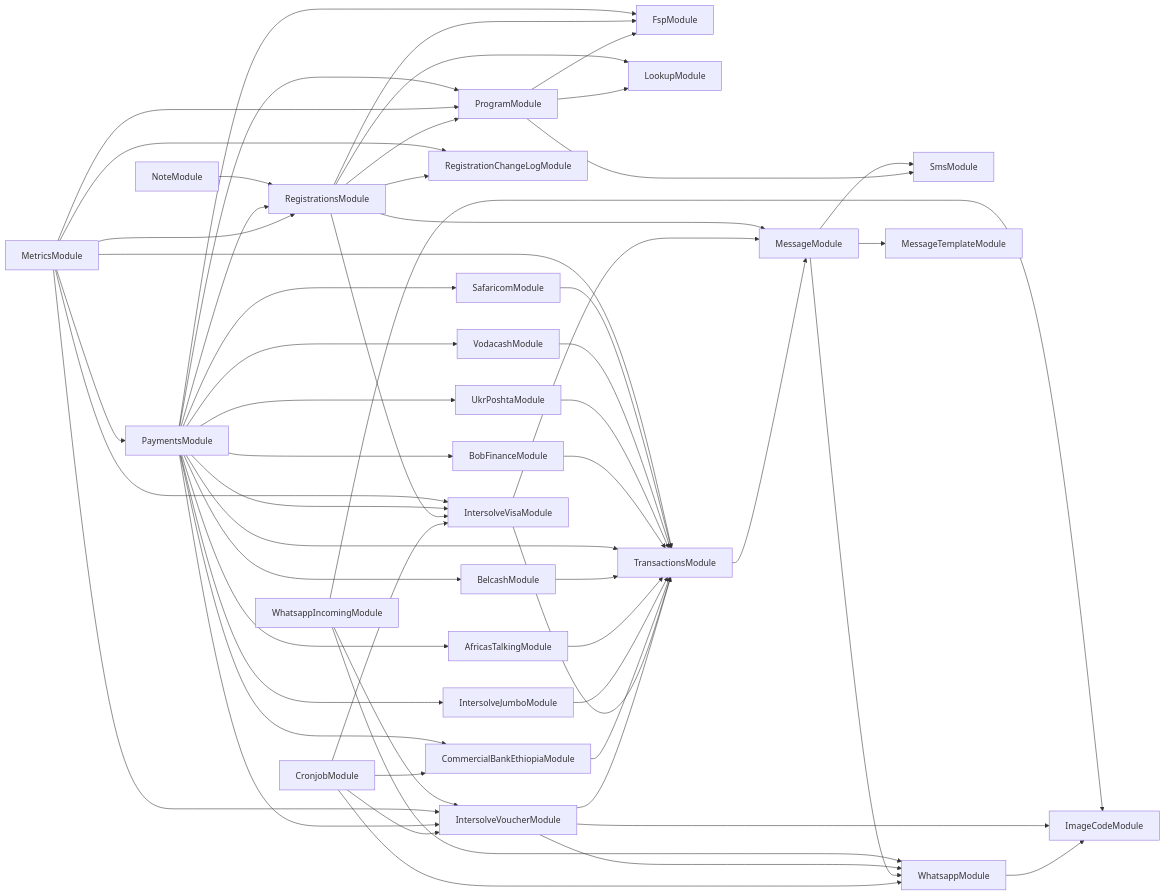
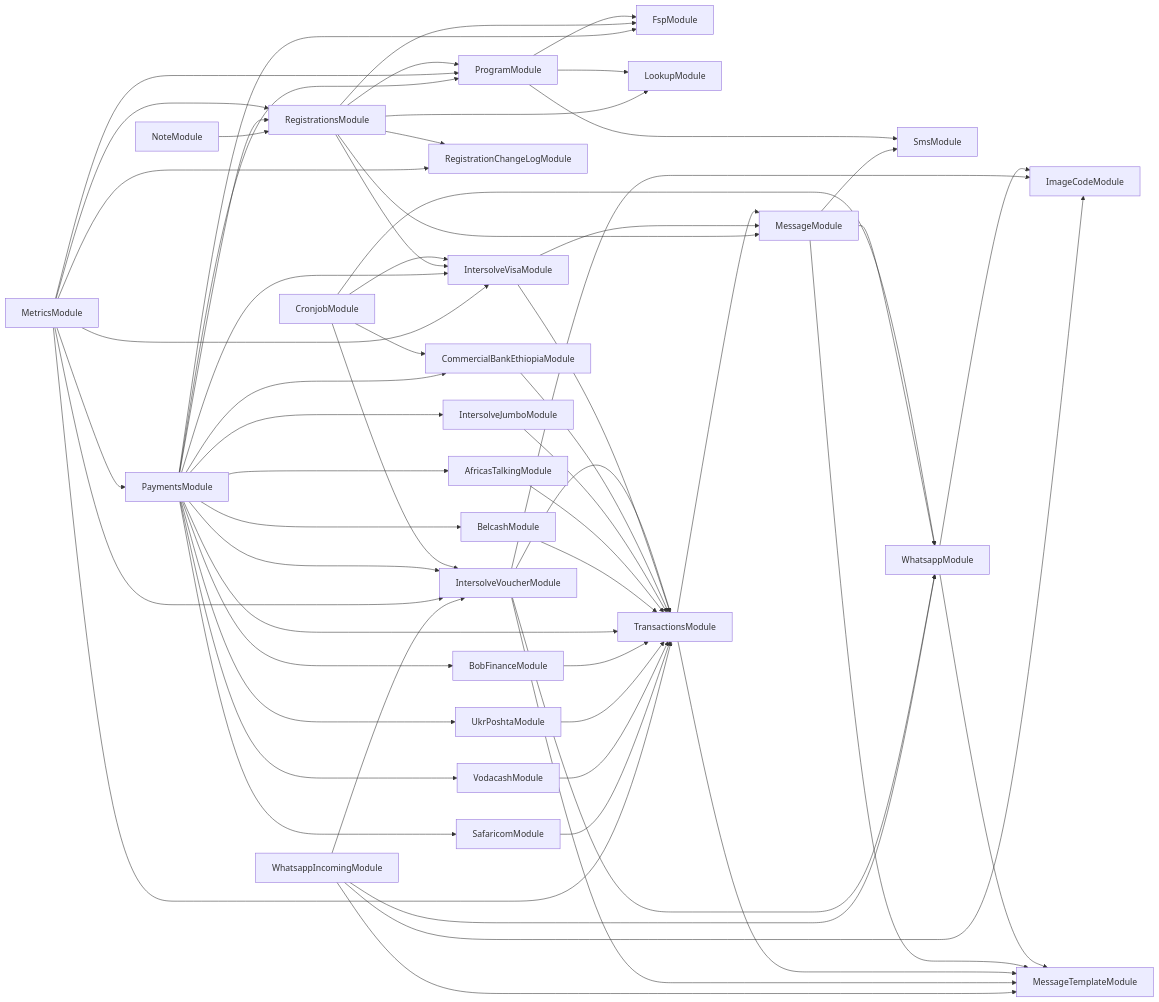
Before and after one commit to global-121/121-platform: the diagram in services/121-service/module-dependencies.md, drawn with Mermaid. The commit also changed 12 other files, not shown here.

````diff
--- a/services/121-service/module-dependencies.md
+++ b/services/121-service/module-dependencies.md
@@ -3,59 +3,63 @@
 ```mermaid
 graph LR
   ProgramModule-->SmsModule
   ProgramModule-->FspModule
   ProgramModule-->LookupModule
   CronjobModule-->WhatsappModule
   WhatsappModule-->ImageCodeModule
+  WhatsappModule-->MessageTemplateModule
   CronjobModule-->IntersolveVoucherModule
   IntersolveVoucherModule-->ImageCodeModule
   IntersolveVoucherModule-->TransactionsModule
   TransactionsModule-->MessageModule
   MessageModule-->WhatsappModule
   MessageModule-->SmsModule
   MessageModule-->MessageTemplateModule
+  TransactionsModule-->MessageTemplateModule
   IntersolveVoucherModule-->WhatsappModule
+  IntersolveVoucherModule-->MessageTemplateModule
   CronjobModule-->IntersolveVisaModule
   IntersolveVisaModule-->TransactionsModule
   IntersolveVisaModule-->MessageModule
   CronjobModule-->CommercialBankEthiopiaModule
   CommercialBankEthiopiaModule-->TransactionsModule
   RegistrationsModule-->LookupModule
   RegistrationsModule-->ProgramModule
   RegistrationsModule-->FspModule
   RegistrationsModule-->MessageModule
   RegistrationsModule-->IntersolveVisaModule
   RegistrationsModule-->RegistrationChangeLogModule
   MetricsModule-->ProgramModule
   MetricsModule-->RegistrationsModule
   MetricsModule-->PaymentsModule
   PaymentsModule-->FspModule
   PaymentsModule-->IntersolveVoucherModule
   PaymentsModule-->IntersolveVisaModule
   PaymentsModule-->IntersolveJumboModule
   IntersolveJumboModule-->TransactionsModule
   PaymentsModule-->AfricasTalkingModule
   AfricasTalkingModule-->TransactionsModule
   PaymentsModule-->BelcashModule
   BelcashModule-->TransactionsModule
   PaymentsModule-->TransactionsModule
   PaymentsModule-->BobFinanceModule
   BobFinanceModule-->TransactionsModule
   PaymentsModule-->UkrPoshtaModule
   UkrPoshtaModule-->TransactionsModule
   PaymentsModule-->VodacashModule
   VodacashModule-->TransactionsModule
   PaymentsModule-->SafaricomModule
   SafaricomModule-->TransactionsModule
   PaymentsModule-->CommercialBankEthiopiaModule
   PaymentsModule-->RegistrationsModule
   PaymentsModule-->ProgramModule
   MetricsModule-->TransactionsModule
   MetricsModule-->IntersolveVisaModule
   MetricsModule-->IntersolveVoucherModule
   MetricsModule-->RegistrationChangeLogModule
   WhatsappIncomingModule-->ImageCodeModule
   WhatsappIncomingModule-->IntersolveVoucherModule
   WhatsappIncomingModule-->WhatsappModule
+  WhatsappIncomingModule-->MessageTemplateModule
   NoteModule-->RegistrationsModule
 ```
````
